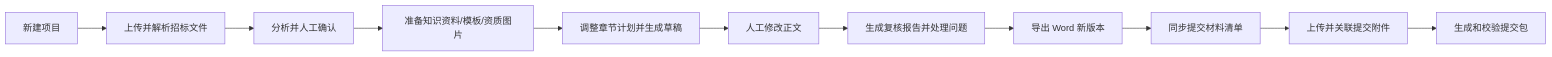
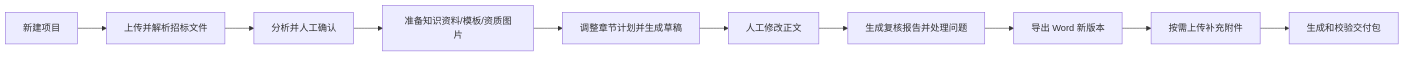
The diagram in 用户操作与交付手册.md (Derr1ckwy/bid-assistant-mvp), drawn with Mermaid before and after one commit. The commit also changed other lines of this file and 11 other files, not shown here.

````diff
--- a/用户操作与交付手册.md
+++ b/用户操作与交付手册.md
@@ -47,13 +46,12 @@
 ```mermaid
 flowchart LR
     A[新建项目] --> B[上传并解析招标文件]
     B --> C[分析并人工确认]
     C --> D[准备知识资料/模板/资质图片]
     D --> E[调整章节计划并生成草稿]
     E --> F[人工修改正文]
     F --> G[生成复核报告并处理问题]
     G --> H[导出 Word 新版本]
-    H --> I[同步提交材料清单]
-    I --> J[上传并关联提交附件]
-    J --> K[生成和校验提交包]
+    H --> I[按需上传补充附件]
+    I --> J[生成和校验交付包]
 ```
````
